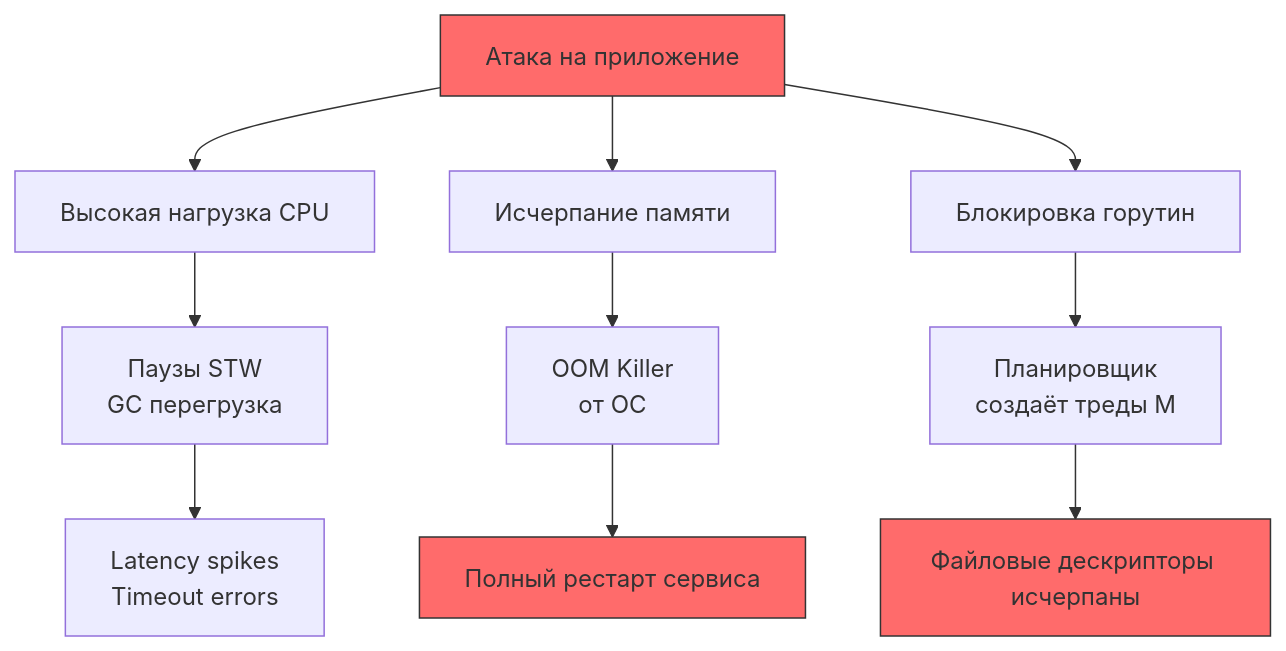
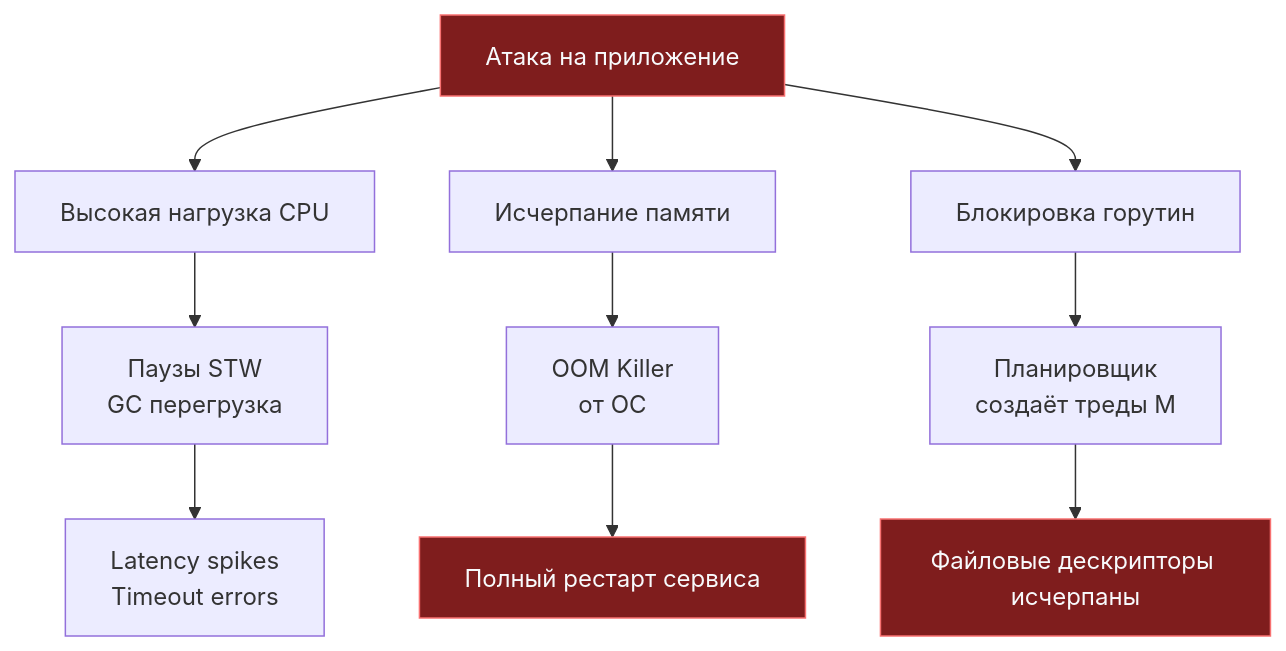
One commit to UnrealTemplier/go-textbook changed the second of 3 diagrams in sources/17. Безопасность (AppSec в Go)/01. Фундамент/3. OWASP Top 10 для backend разработчика.md. Above: the diagram before and after it, drawn with Mermaid. The commit also changed other lines of this file and 310 other files, not shown here.

First line of the commit message:
fix(mermaid): replace light fill colors with dark palette for readability on dark theme

````diff
--- a/sources/17. Безопасность (AppSec в Go)/01. Фундамент/3. OWASP Top 10 для backend разработчика.md
+++ b/sources/17. Безопасность (AppSec в Go)/01. Фундамент/3. OWASP Top 10 для backend разработчика.md
@@ -275,18 +275,18 @@
 ```mermaid
 flowchart TD
     A["Атака на приложение"] --> B["Высокая нагрузка CPU"]
     A --> C["Исчерпание памяти"]
     A --> D["Блокировка горутин"]
     
     B --> E["Паузы STW<br>GC перегрузка"]
     C --> F["OOM Killer<br>от ОС"]
     D --> G["Планировщик<br>создаёт треды M"]
     
     E --> H["Latency spikes<br>Timeout errors"]
     F --> I["Полный рестарт сервиса"]
     G --> J["Файловые дескрипторы исчерпаны"]
     
-    style A fill:#ff6b6b,stroke:#333
-    style I fill:#ff6b6b,stroke:#333
-    style J fill:#ff6b6b,stroke:#333
+    style A fill:#7f1d1d,stroke:#f87171,color:#f8fafc
+    style I fill:#7f1d1d,stroke:#f87171,color:#f8fafc
+    style J fill:#7f1d1d,stroke:#f87171,color:#f8fafc
 ```
````
